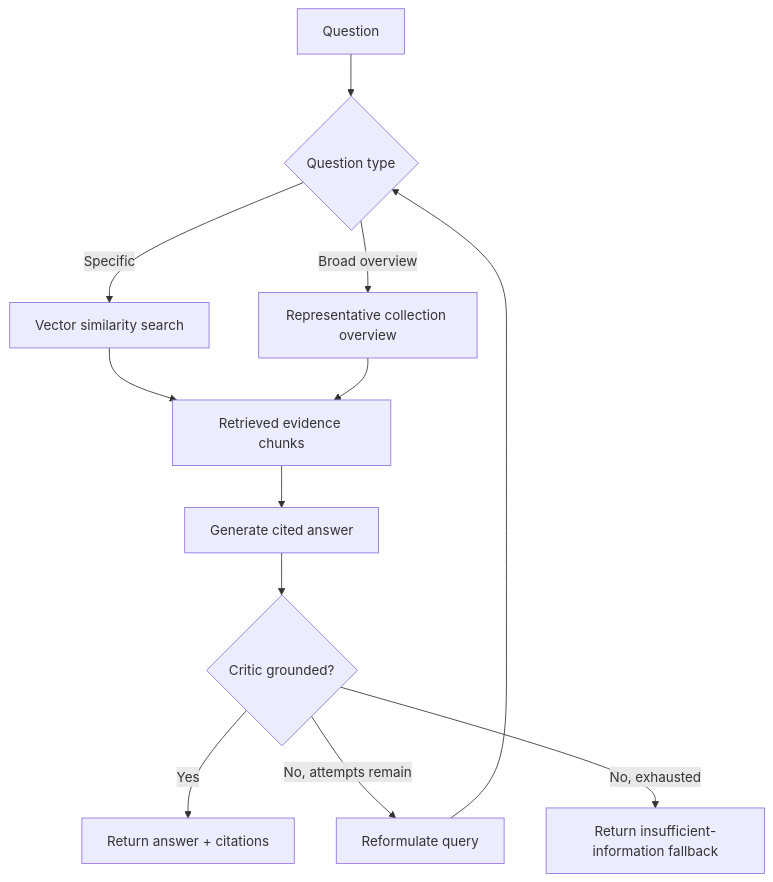
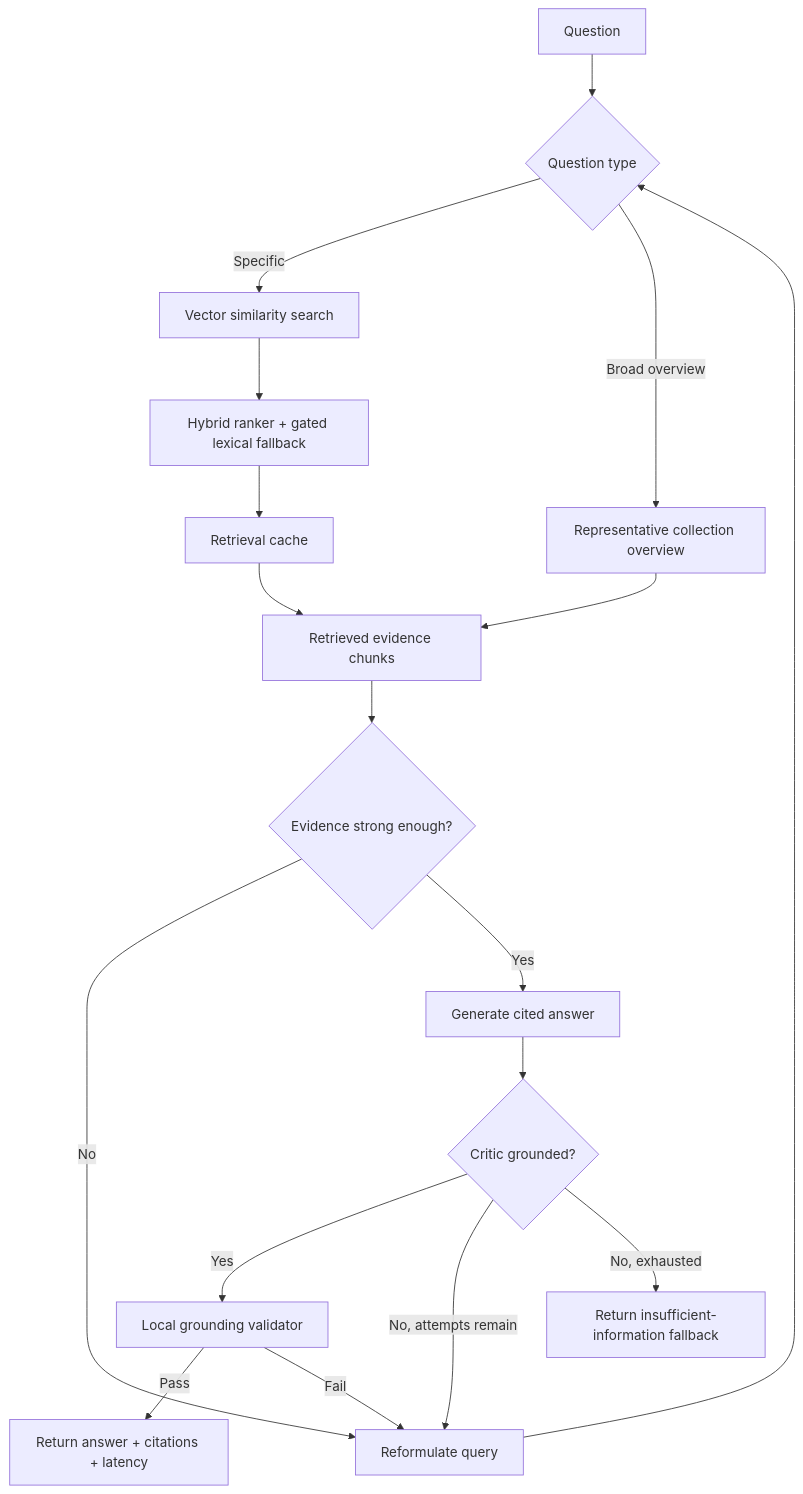
Before and after one commit to dcaayushd/Self-Healing-RAG: the fourth of 4 diagrams in README.md, drawn with Mermaid. The commit also changed other lines of this file and 16 other files, not shown here.

Commit message:
Answer caching with source filtering and retrieval confidence tracking Added

````diff
--- a/README.md
+++ b/README.md
@@ -69,14 +69,20 @@
 ```mermaid
 flowchart TD
     Q[Question] --> R{Question type}
     R -->|Specific| VS[Vector similarity search]
     R -->|Broad overview| OV[Representative collection overview]
-    VS --> CTX[Retrieved evidence chunks]
+    VS --> HY[Hybrid ranker + gated lexical fallback]
+    HY --> CACHE[Retrieval cache]
+    CACHE --> CTX[Retrieved evidence chunks]
     OV --> CTX
-    CTX --> A[Generate cited answer]
+    CTX --> GATE{Evidence strong enough?}
+    GATE -->|No| RW[Reformulate query]
+    GATE -->|Yes| A[Generate cited answer]
     A --> C{Critic grounded?}
-    C -->|Yes| OK[Return answer + citations]
-    C -->|No, attempts remain| RW[Reformulate query]
+    C -->|Yes| LC[Local grounding validator]
+    LC -->|Pass| OK[Return answer + citations + latency]
+    LC -->|Fail| RW
+    C -->|No, attempts remain| RW
     RW --> R
     C -->|No, exhausted| NA[Return insufficient-information fallback]
 ```
````
